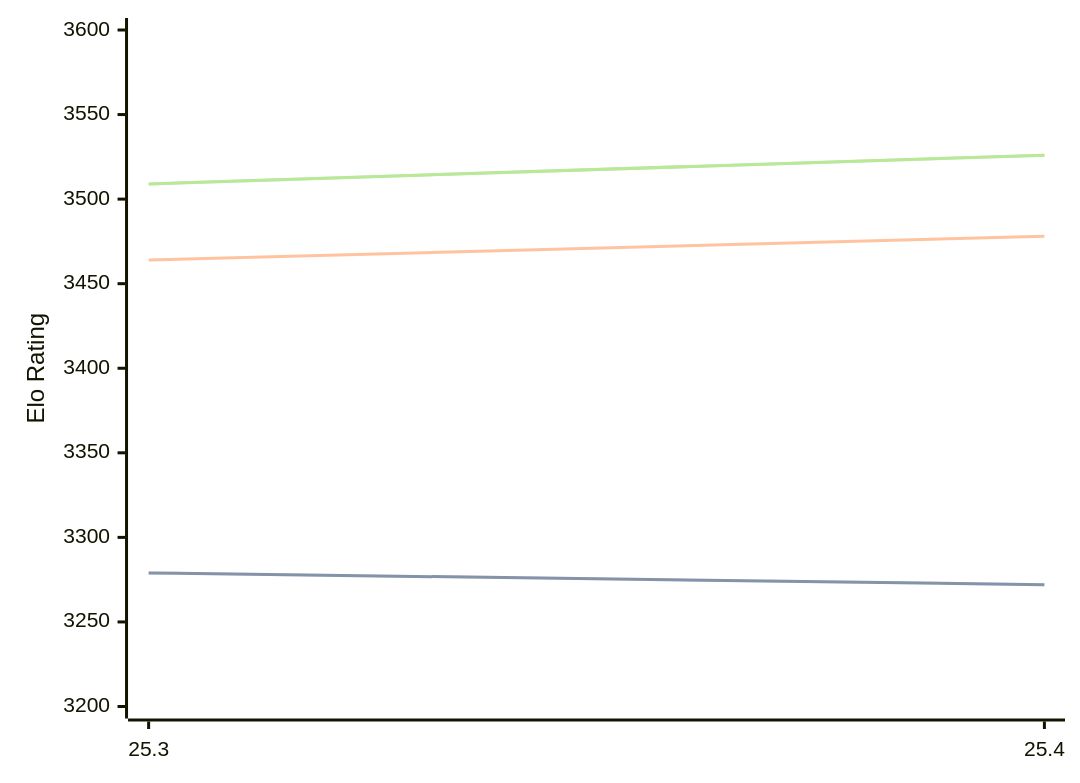
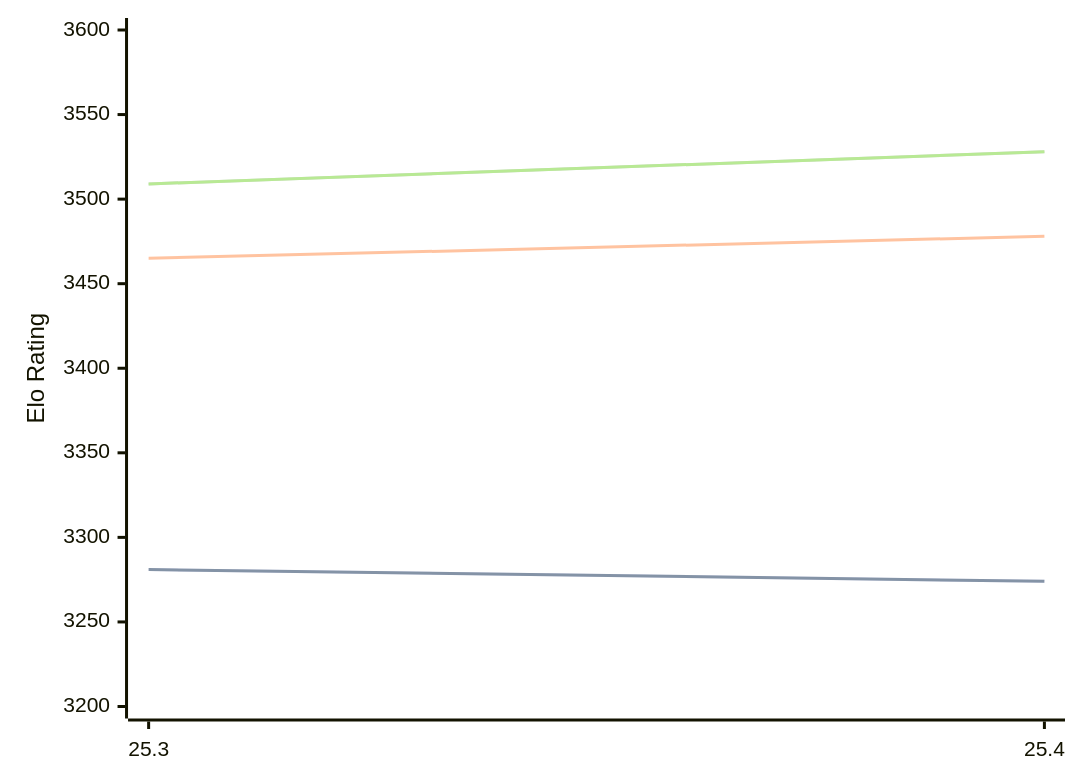
Before and after one commit to computer-chess-index/cci: the diagram in engines/Arasan.md, drawn with Mermaid. The commit also changed other lines of this file, not shown here.

Commit message:
Update CCI Ratings (ELO VLTC) - 2026-04-25

````diff
--- a/engines/Arasan.md
+++ b/engines/Arasan.md
@@ -33,11 +33,11 @@
 ```mermaid
 %%{init: {"theme":"base","themeVariables":{"seriesColors:['#a3a3a3','#222221','#faa371']}}}%%
 xychart-beta
   x-axis ["25.3", "25.4"]
   y-axis "Elo Rating" 3200 --> 3600
-  line "STC (8.0+0.08s)" [3279, 3272]
-  line "STC (8.0+0.08s)" [3279, 3272]
-  line "LTC (60.0+0.60s)" [3464, 3478]
-  line "VLTC (2m24s+1.12s)" [3509, 3526]
-  line "VLTC (2m24s+1.12s)" [3509, 3526]
+  line "STC (8.0+0.08s)" [3281, 3274]
+  line "STC (8.0+0.08s)" [3281, 3274]
+  line "LTC (60.0+0.60s)" [3465, 3478]
+  line "VLTC (2m24s+1.12s)" [3509, 3528]
+  line "VLTC (2m24s+1.12s)" [3509, 3528]
 ```
````
